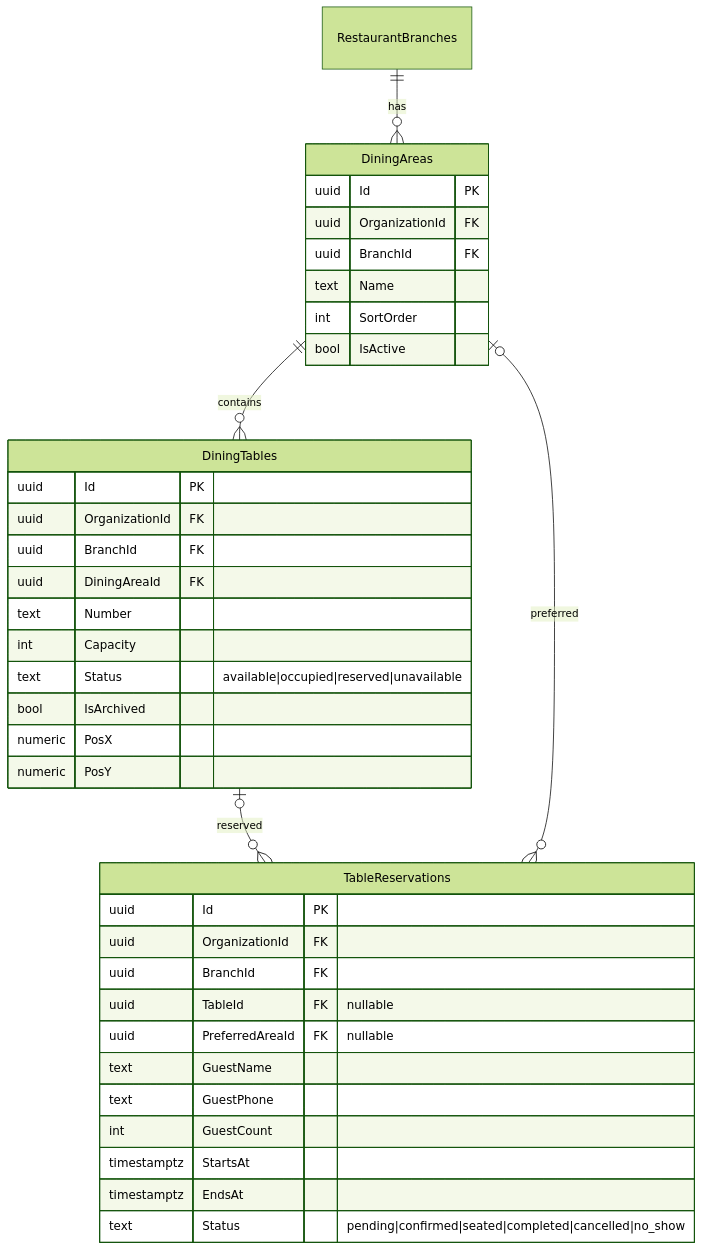
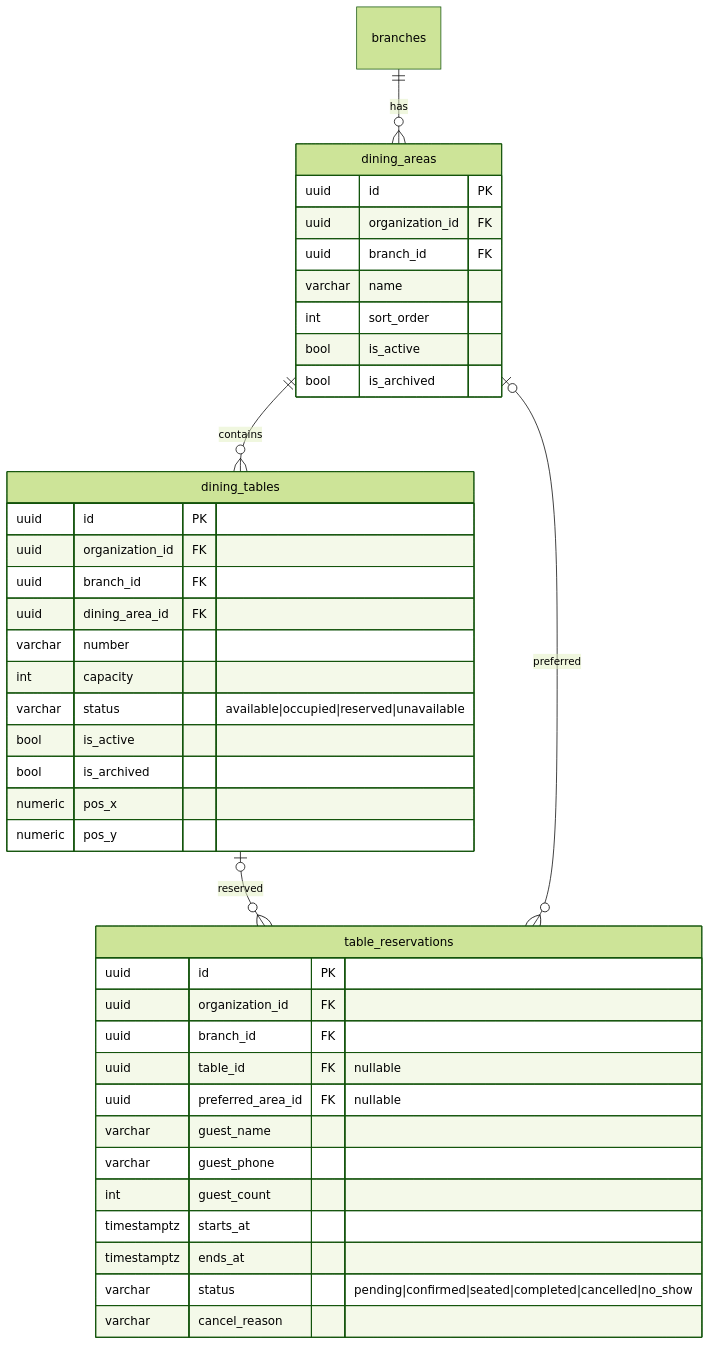
Before and after one commit to Urgenchbayev-Alibek/respos: the second of 4 diagrams in docs/database/ERD.md, drawn with Mermaid (forest theme). The commit also changed other lines of this file and 15 other files, not shown here.

Commit message:
docs: sync business rules, ERD, ADRs, overview, deployment, README with implementation

````diff
--- a/docs/database/ERD.md
+++ b/docs/database/ERD.md
@@ -183,41 +202,44 @@
 ```mermaid
 erDiagram
-  RestaurantBranches ||--o{ DiningAreas : has
-  DiningAreas ||--o{ DiningTables : contains
-  DiningTables |o--o{ TableReservations : reserved
-  DiningAreas |o--o{ TableReservations : preferred
+  branches ||--o{ dining_areas : has
+  dining_areas ||--o{ dining_tables : contains
+  dining_tables |o--o{ table_reservations : reserved
+  dining_areas |o--o{ table_reservations : preferred
 
-  DiningAreas {
-    uuid Id PK
-    uuid OrganizationId FK
-    uuid BranchId FK
-    text Name
-    int SortOrder
-    bool IsActive
+  dining_areas {
+    uuid id PK
+    uuid organization_id FK
+    uuid branch_id FK
+    varchar name
+    int sort_order
+    bool is_active
+    bool is_archived
   }
-  DiningTables {
-    uuid Id PK
-    uuid OrganizationId FK
-    uuid BranchId FK
-    uuid DiningAreaId FK
-    text Number
-    int Capacity
-    text Status "available|occupied|reserved|unavailable"
-    bool IsArchived
-    numeric PosX
-    numeric PosY
+  dining_tables {
+    uuid id PK
+    uuid organization_id FK
+    uuid branch_id FK
+    uuid dining_area_id FK
+    varchar number
+    int capacity
+    varchar status "available|occupied|reserved|unavailable"
+    bool is_active
+    bool is_archived
+    numeric pos_x
+    numeric pos_y
   }
-  TableReservations {
-    uuid Id PK
-    uuid OrganizationId FK
-    uuid BranchId FK
-    uuid TableId FK "nullable"
-    uuid PreferredAreaId FK "nullable"
-    text GuestName
-    text GuestPhone
-    int GuestCount
-    timestamptz StartsAt
-    timestamptz EndsAt
-    text Status "pending|confirmed|seated|completed|cancelled|no_show"
+  table_reservations {
+    uuid id PK
+    uuid organization_id FK
+    uuid branch_id FK
+    uuid table_id FK "nullable"
+    uuid preferred_area_id FK "nullable"
+    varchar guest_name
+    varchar guest_phone
+    int guest_count
+    timestamptz starts_at
+    timestamptz ends_at
+    varchar status "pending|confirmed|seated|completed|cancelled|no_show"
+    varchar cancel_reason
   }
 ```
````
